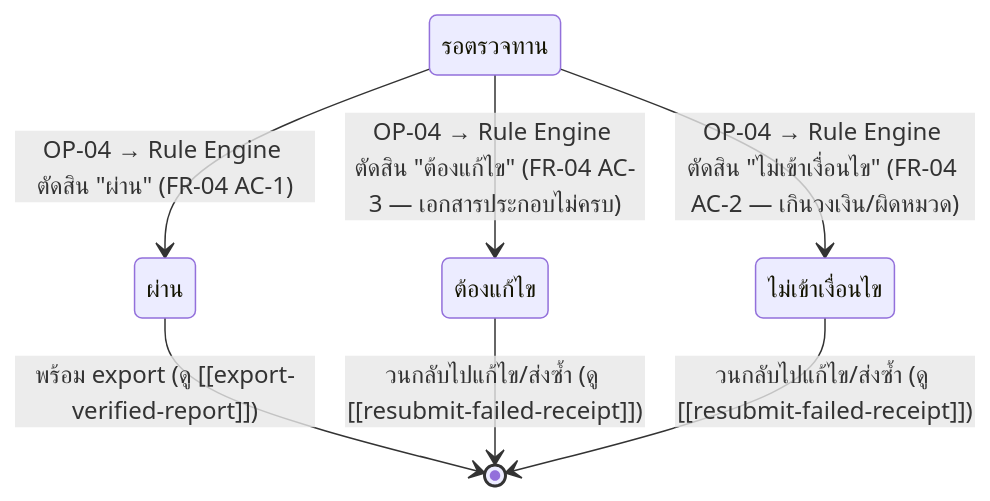
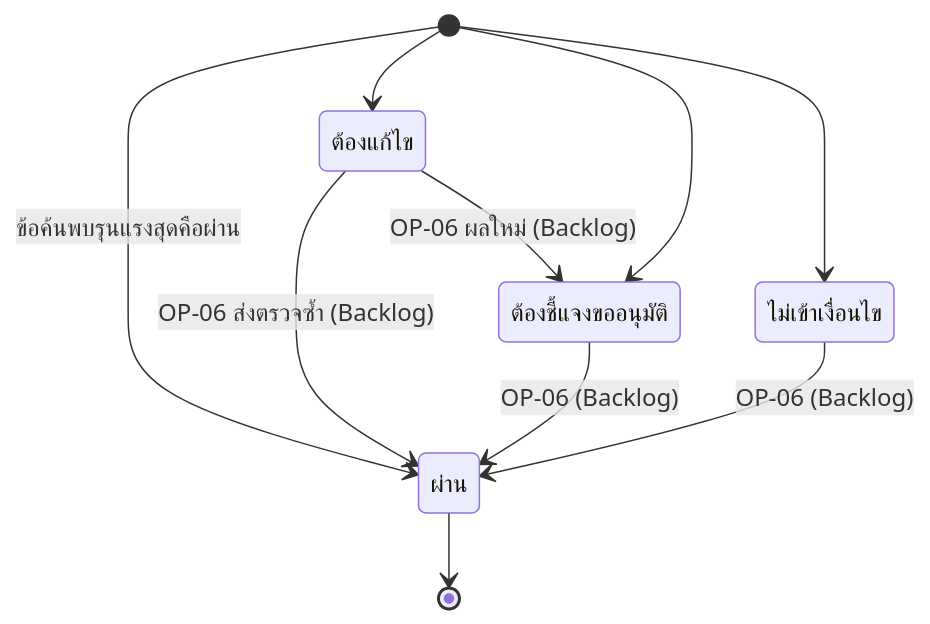
Before and after one commit to ptrsswnr/Grant-Receipt-Assistant: the fourth of 4 diagrams in docs/02-design/02-technical/detailed-design/rule-engine-verification.md, drawn with Mermaid. The commit also changed other lines of this file and 27 other files, not shown here.

````diff
--- a/docs/02-design/02-technical/detailed-design/rule-engine-verification.md
+++ b/docs/02-design/02-technical/detailed-design/rule-engine-verification.md
@@ -108,14 +115,12 @@
 ```mermaid
 stateDiagram-v2
-    state "รอตรวจทาน" as s_review
-    state "ผ่าน" as s_pass
-    state "ต้องแก้ไข" as s_fix
-    state "ไม่เข้าเงื่อนไข" as s_reject
-
-    s_review --> s_pass : OP-04 → Rule Engine ตัดสิน "ผ่าน" (FR-04 AC-1)
-    s_review --> s_fix : OP-04 → Rule Engine ตัดสิน "ต้องแก้ไข" (FR-04 AC-3 — เอกสารประกอบไม่ครบ)
-    s_review --> s_reject : OP-04 → Rule Engine ตัดสิน "ไม่เข้าเงื่อนไข" (FR-04 AC-2 — เกินวงเงิน/ผิดหมวด)
-    s_pass --> [*] : พร้อม export (ดู [[export-verified-report]])
-    s_fix --> [*] : วนกลับไปแก้ไข/ส่งซ้ำ (ดู [[resubmit-failed-receipt]])
-    s_reject --> [*] : วนกลับไปแก้ไข/ส่งซ้ำ (ดู [[resubmit-failed-receipt]])
+    [*] --> ผ่าน : ข้อค้นพบรุนแรงสุดคือผ่าน
+    [*] --> ต้องแก้ไข
+    [*] --> ต้องชี้แจงขออนุมัติ
+    [*] --> ไม่เข้าเงื่อนไข
+    ต้องแก้ไข --> ผ่าน : OP-06 ส่งตรวจซ้ำ (Backlog)
+    ต้องชี้แจงขออนุมัติ --> ผ่าน : OP-06 (Backlog)
+    ไม่เข้าเงื่อนไข --> ผ่าน : OP-06 (Backlog)
+    ต้องแก้ไข --> ต้องชี้แจงขออนุมัติ : OP-06 ผลใหม่ (Backlog)
+    ผ่าน --> [*]
 ```
````
